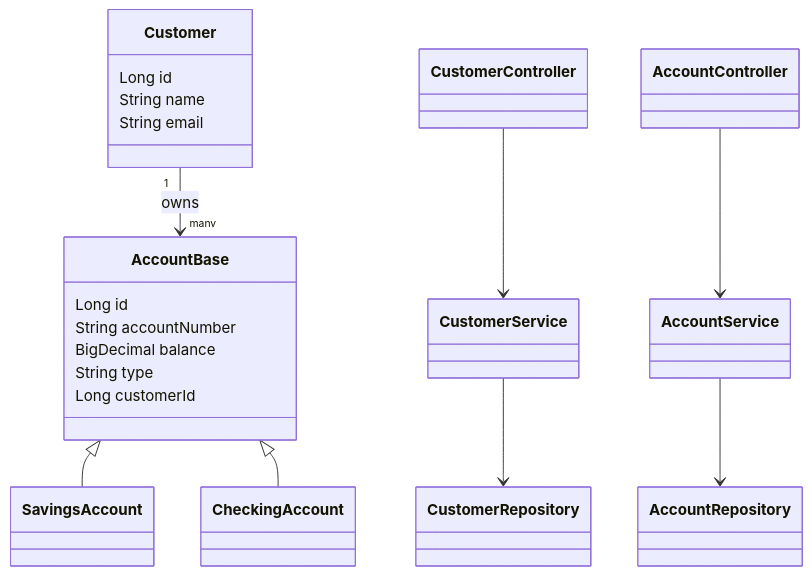
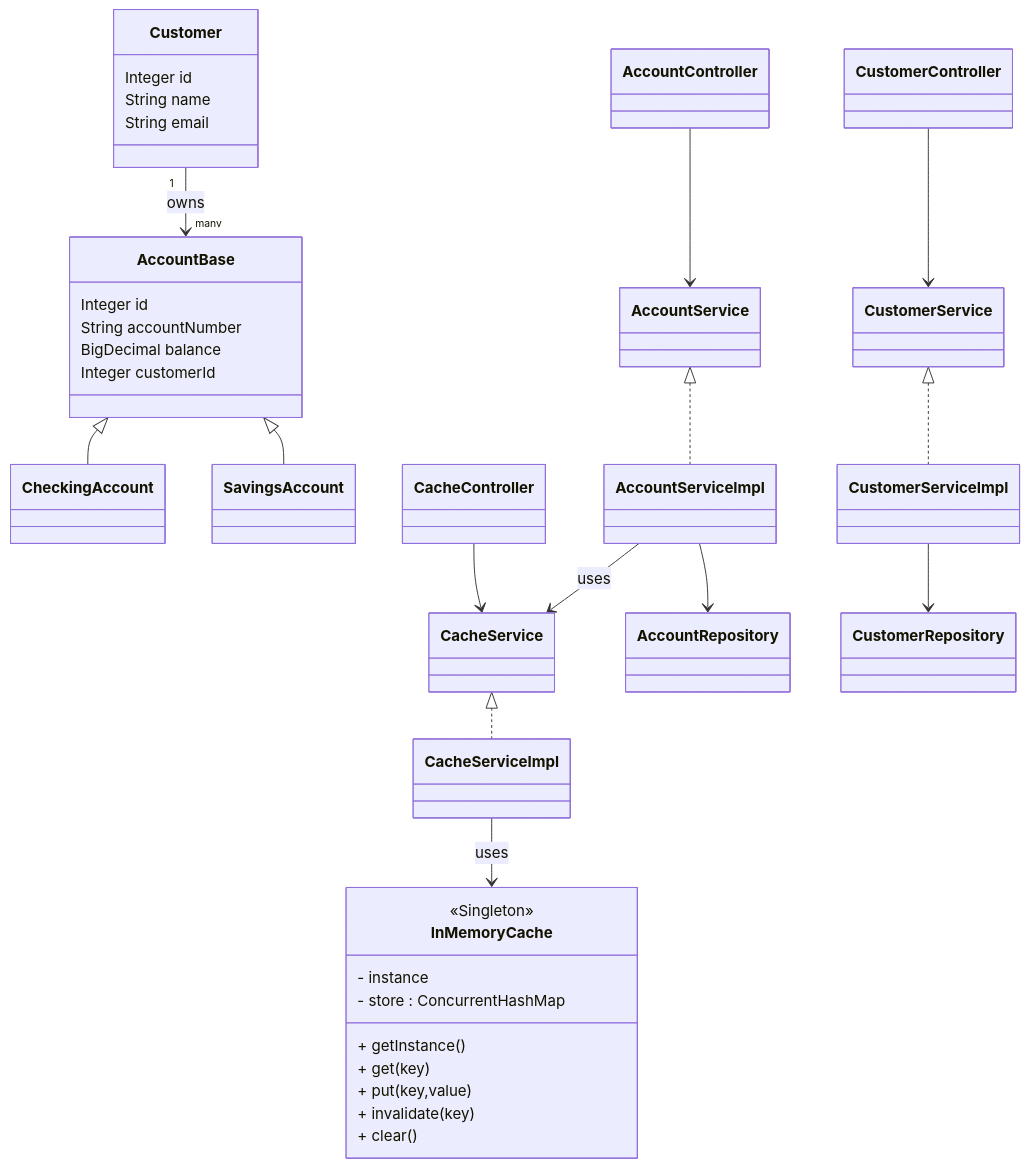
One commit to bahadirbaturkhan-ux/endtermproject changed the diagram in README.md. Above: the diagram before and after it, drawn with Mermaid. The commit also changed other lines of this file, not shown here.

````diff
--- a/README.md
+++ b/README.md
@@ -110,38 +110,64 @@
 ```mermaid
 classDiagram
 
 class Customer {
-  Long id
+  Integer id
   String name
   String email
 }
 
 class AccountBase {
-  Long id
+  Integer id
   String accountNumber
   BigDecimal balance
-  String type
-  Long customerId
+  Integer customerId
 }
 
 class SavingsAccount
 class CheckingAccount
 
 AccountBase <|-- SavingsAccount
 AccountBase <|-- CheckingAccount
 
 Customer "1" --> "many" AccountBase : owns
 
 class CustomerController
 class AccountController
+class CacheController
+
 class CustomerService
 class AccountService
+class CacheService
+
+class CustomerServiceImpl
+class AccountServiceImpl
+class CacheServiceImpl
+
 class CustomerRepository
 class AccountRepository
 
+class InMemoryCache <<Singleton>> {
+  - instance
+  - store : ConcurrentHashMap
+  + getInstance()
+  + get(key)
+  + put(key,value)
+  + invalidate(key)
+  + clear()
+}
+
 CustomerController --> CustomerService
 AccountController --> AccountService
-CustomerService --> CustomerRepository
-AccountService --> AccountRepository
+CacheController --> CacheService
+
+CustomerService <|.. CustomerServiceImpl
+AccountService <|.. AccountServiceImpl
+CacheService <|.. CacheServiceImpl
+
+CustomerServiceImpl --> CustomerRepository
+AccountServiceImpl --> AccountRepository
+
+AccountServiceImpl --> CacheService : uses
+CacheServiceImpl --> InMemoryCache : uses
 
 ```
````
